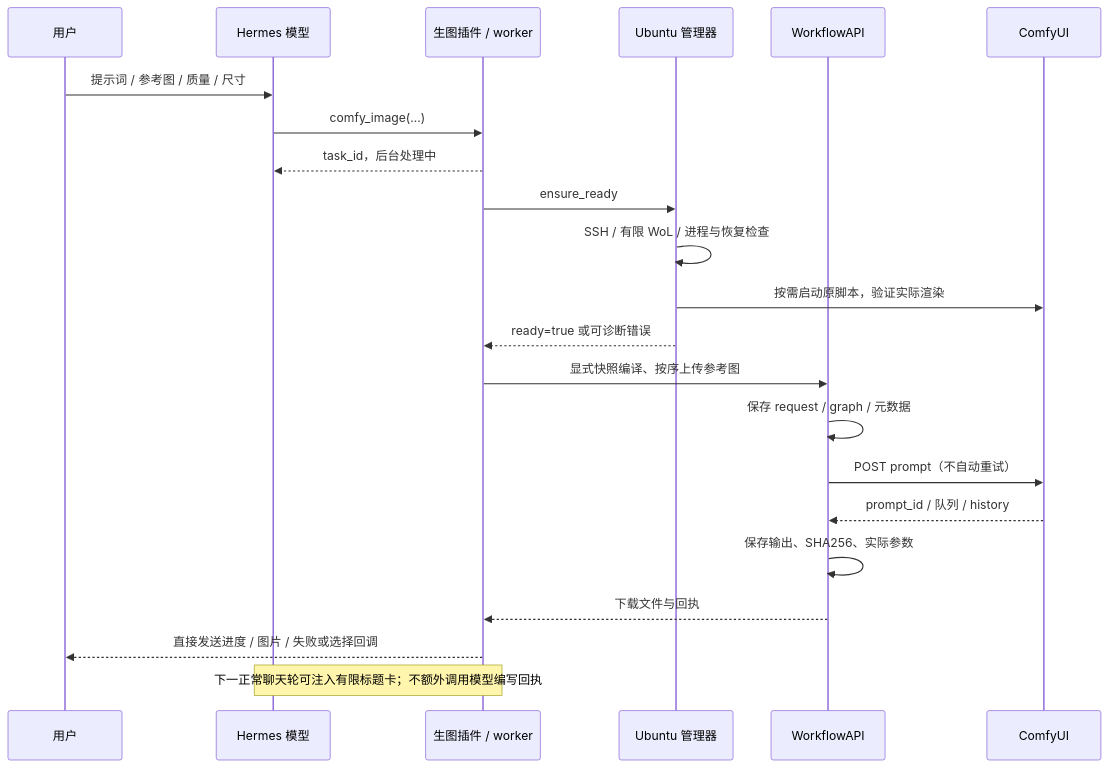
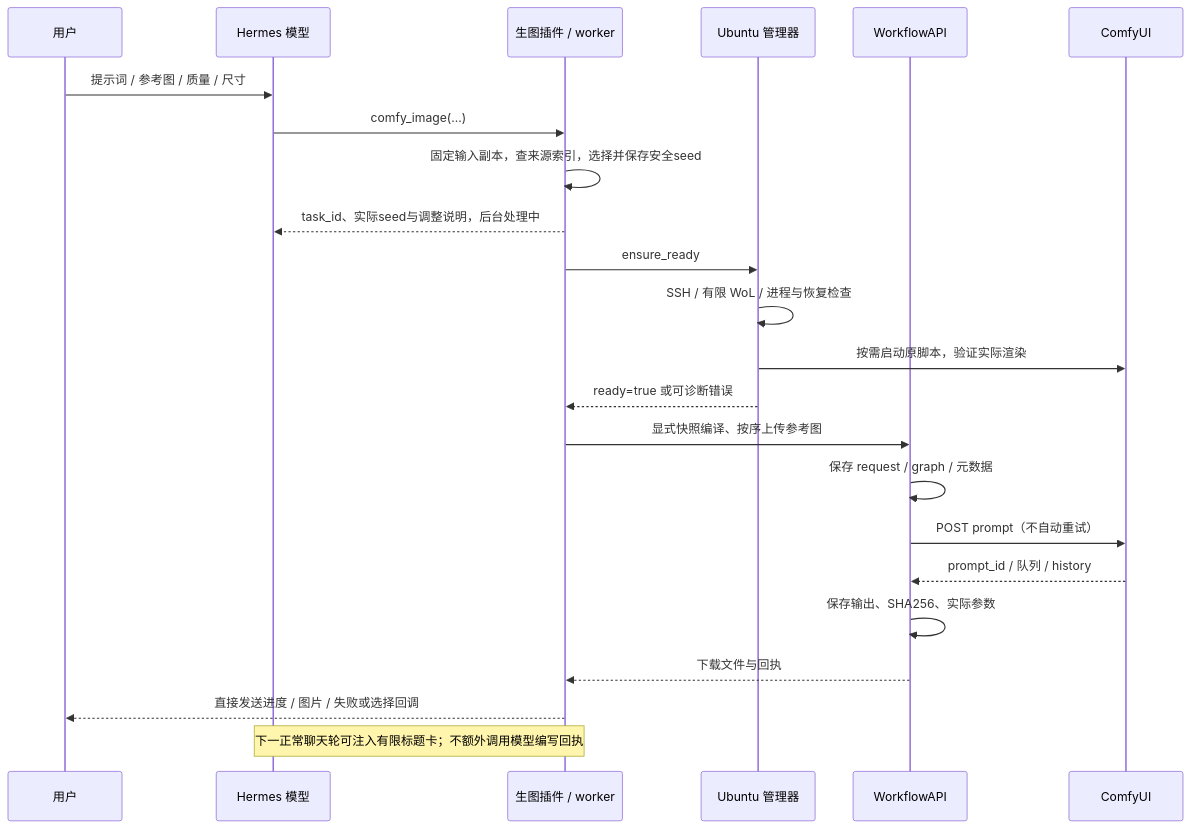
The diagram in docs/architecture.md (hoholidayx/ComfyImageBridge), drawn with Mermaid before and after one commit. The commit also changed other lines of this file and 24 other files, not shown here.

````diff
--- a/docs/architecture.md
+++ b/docs/architecture.md
@@ -19,24 +19,25 @@
 ```mermaid
 sequenceDiagram
     participant User as 用户
     participant Model as Hermes 模型
     participant Client as 生图插件 / worker
     participant Runtime as Ubuntu 管理器
     participant API as WorkflowAPI
     participant Comfy as ComfyUI
     User->>Model: 提示词 / 参考图 / 质量 / 尺寸
     Model->>Client: comfy_image(...)
-    Client-->>Model: task_id，后台处理中
+    Client->>Client: 固定输入副本，查来源索引，选择并保存安全seed
+    Client-->>Model: task_id、实际seed与调整说明，后台处理中
     Client->>Runtime: ensure_ready
     Runtime->>Runtime: SSH / 有限 WoL / 进程与恢复检查
     Runtime->>Comfy: 按需启动原脚本，验证实际渲染
     Runtime-->>Client: ready=true 或可诊断错误
     Client->>API: 显式快照编译、按序上传参考图
     API->>API: 保存 request / graph / 元数据
     API->>Comfy: POST prompt（不自动重试）
     Comfy-->>API: prompt_id / 队列 / history
     API->>API: 保存输出、SHA256、实际参数
     API-->>Client: 下载文件与回执
     Client-->>User: 直接发送进度 / 图片 / 失败或选择回调
     Note over Model,Client: 下一正常聊天轮可注入有限标题卡；不额外调用模型编写回执
 ```
````
